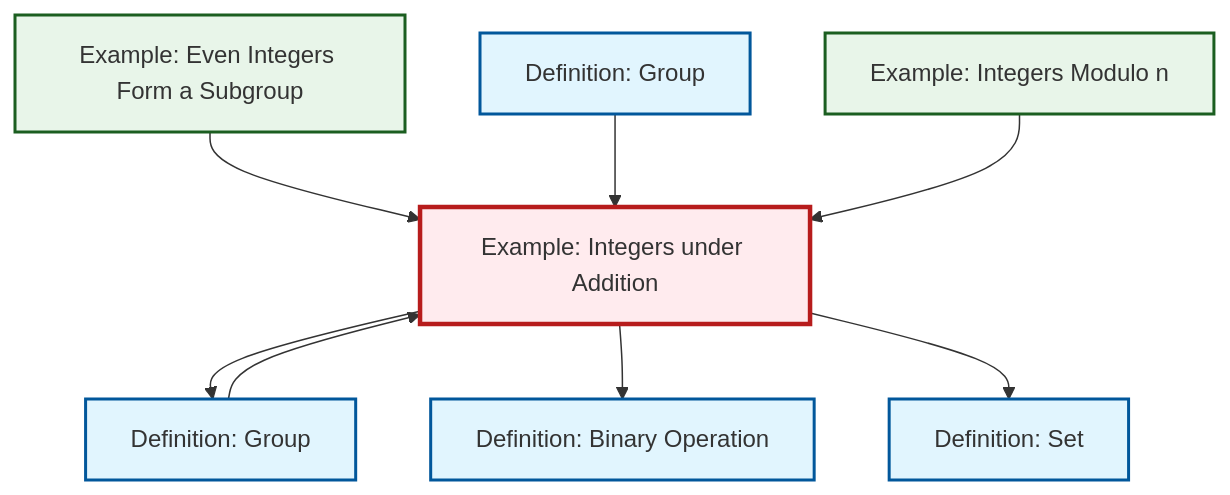
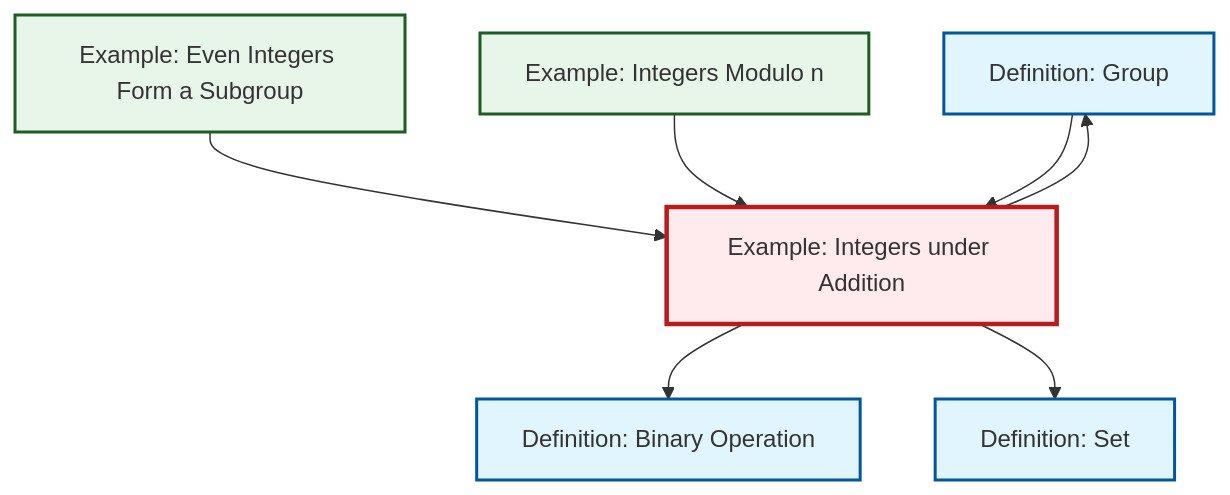
One commit to RK0429/ModernMath changed the diagram in content/ja/algebra/ex-integers-addition.qmd. Above: the diagram before and after it, drawn with Mermaid. The commit also changed 530 other files, not shown here.

````diff
--- a/content/ja/algebra/ex-integers-addition.qmd
+++ b/content/ja/algebra/ex-integers-addition.qmd
@@ -72,30 +72,27 @@
 ```{mermaid}
 %%| fig-cap: "Local dependency graph"
 graph TD
     classDef definition fill:#e1f5fe,stroke:#01579b,stroke-width:2px
     classDef theorem fill:#f3e5f5,stroke:#4a148c,stroke-width:2px
     classDef axiom fill:#fff3e0,stroke:#e65100,stroke-width:2px
     classDef example fill:#e8f5e9,stroke:#1b5e20,stroke-width:2px
     classDef current fill:#ffebee,stroke:#b71c1c,stroke-width:3px
     def-set["Definition: Set"]:::definition
+    def-group["Definition: Group"]:::definition
+    ex-integers-addition["Example: Integers under Addition"]:::example
+    ex-even-integers-subgroup["Example: Even Integers Form a Subgroup"]:::example
+    ex-quotient-integers-mod-n["Example: Integers Modulo n"]:::example
     def-binary-operation["Definition: Binary Operation"]:::definition
-    ex-integers-addition["Example: Integers under Addition"]:::example
-    ex-quotient-integers-mod-n["Example: Integers Modulo n"]:::example
-    ex-even-integers-subgroup["Example: Even Integers Form a Subgroup"]:::example
-    def-group["Definition: Group"]:::definition
-    def-group-example["Definition: Group"]:::definition
+    ex-integers-addition --> def-binary-operation
     ex-even-integers-subgroup --> ex-integers-addition
-    def-group-example --> ex-integers-addition
+    ex-integers-addition --> def-set
     ex-quotient-integers-mod-n --> ex-integers-addition
+    def-group --> ex-integers-addition
     ex-integers-addition --> def-group
-    ex-integers-addition --> def-binary-operation
-    ex-integers-addition --> def-set
-    def-group --> ex-integers-addition
     class ex-integers-addition current
     click def-set "def-set.html" "Definition: Setへ"
+    click def-group "def-group.html" "Definition: Groupへ"
+    click ex-even-integers-subgroup "ex-even-integers-subgroup.html" "Example: Even Integers Form a Subgroupへ"
+    click ex-quotient-integers-mod-n "ex-quotient-integers-mod-n.html" "Example: Integers Modulo nへ"
     click def-binary-operation "def-binary-operation.html" "Definition: Binary Operationへ"
-    click ex-quotient-integers-mod-n "ex-quotient-integers-mod-n.html" "Example: Integers Modulo nへ"
-    click ex-even-integers-subgroup "ex-even-integers-subgroup.html" "Example: Even Integers Form a Subgroupへ"
-    click def-group "def-group.html" "Definition: Groupへ"
-    click def-group-example "def-group-example.html" "Definition: Groupへ"
 ```
````
